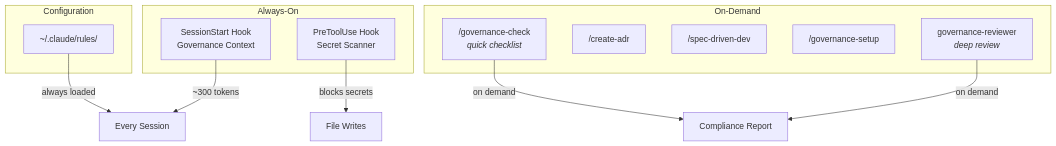
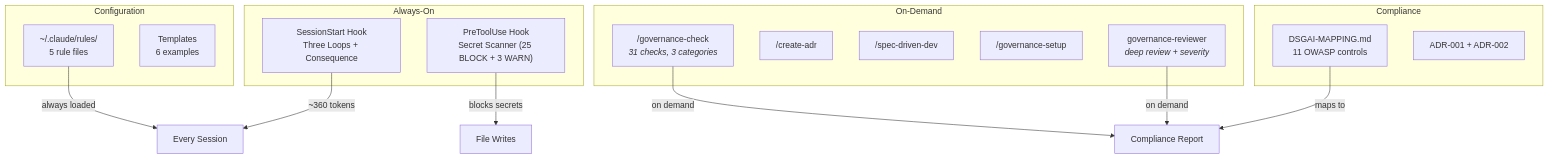
The diagram in README.md (pitimon/claude-governance), drawn with Mermaid before and after one commit. The commit also changed other lines of this file, not shown here.

First line of the commit message:
docs: rewrite README with professional examples and v3.0.0 updates

````diff
--- a/README.md
+++ b/README.md
@@ -155,24 +261,31 @@
 ```mermaid
 graph TB
     subgraph "Always-On"
-        H1["SessionStart Hook<br/>Governance Context"]
-        H2["PreToolUse Hook<br/>Secret Scanner"]
+        H1["SessionStart Hook<br/>Three Loops + Consequence"]
+        H2["PreToolUse Hook<br/>Secret Scanner (25 BLOCK + 3 WARN)"]
     end
 
     subgraph "On-Demand"
-        C1["/governance-check<br/><i>quick checklist</i>"]
+        C1["/governance-check<br/><i>31 checks, 3 categories</i>"]
         C2["/create-adr"]
         S1["/spec-driven-dev"]
         S2["/governance-setup"]
-        A1["governance-reviewer<br/><i>deep review</i>"]
+        A1["governance-reviewer<br/><i>deep review + severity</i>"]
     end
 
     subgraph "Configuration"
-        R1["~/.claude/rules/"]
+        R1["~/.claude/rules/<br/>5 rule files"]
+        T1["Templates<br/>6 examples"]
     end
 
-    H1 -->|~300 tokens| SESSION["Every Session"]
+    subgraph "Compliance"
+        D1["DSGAI-MAPPING.md<br/>11 OWASP controls"]
+        D2["ADR-001 + ADR-002"]
+    end
+
+    H1 -->|~360 tokens| SESSION["Every Session"]
     H2 -->|blocks secrets| WRITES["File Writes"]
     R1 -->|always loaded| SESSION
     C1 & A1 -->|on demand| CHECK["Compliance Report"]
+    D1 -->|maps to| CHECK
 ```
````
